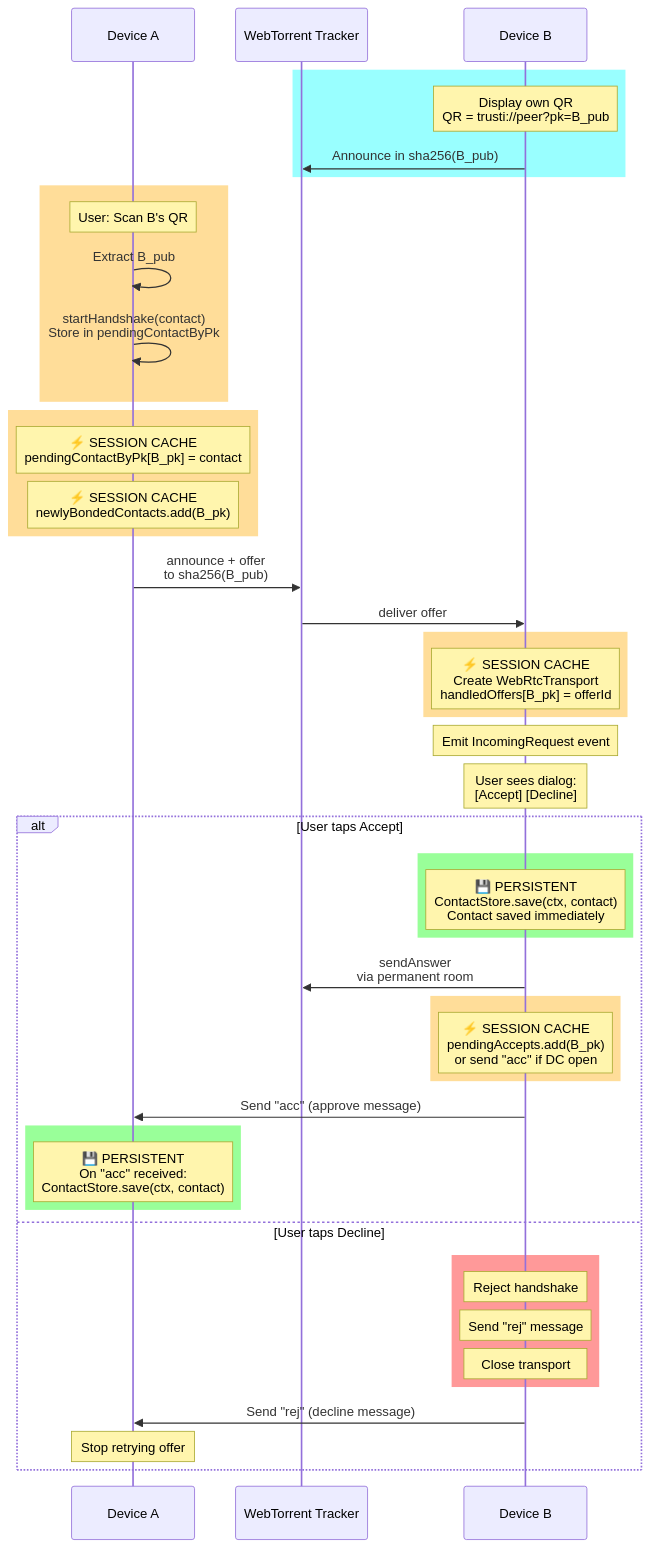
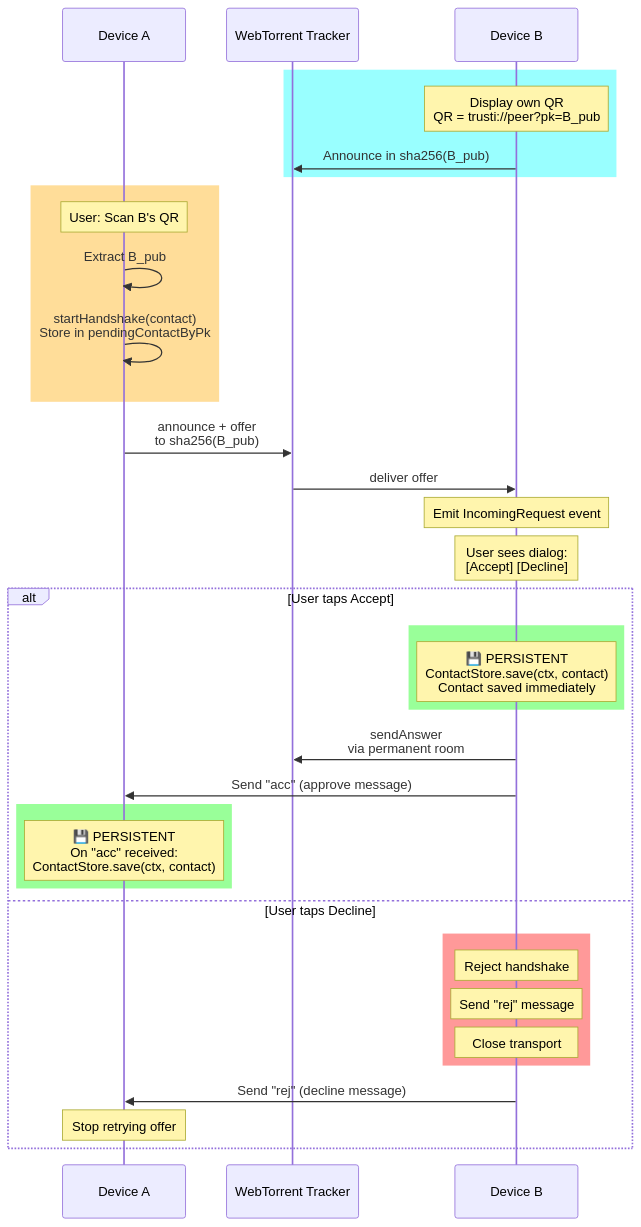
The second of 8 diagrams in README.md (davidevecchi/TruSTI), drawn with Mermaid before and after one commit.

````diff
--- a/README.md
+++ b/README.md
@@ -95,60 +95,45 @@
 ```mermaid
 sequenceDiagram
     participant A as Device A
     participant Tracker as WebTorrent Tracker
     participant B as Device B
 
     rect rgba(0, 255, 255, 0.4)
-    Note over B: Display own QR<br/>QR = trusti://peer?pk=B_pub
-    B->>Tracker: Announce in sha256(B_pub)
+        Note over B: Display own QR<br/>QR = trusti://peer?pk=B_pub
+        B ->> Tracker: Announce in sha256(B_pub)
     end
 
     rect rgba(255, 170, 0, 0.4)
-    Note over A: User: Scan B's QR
-    A->>A: Extract B_pub
-    A->>A: startHandshake(contact)<br/>Store in pendingContactByPk
+        Note over A: User: Scan B's QR
+        A ->> A: Extract B_pub
+        A ->> A: startHandshake(contact)<br/>Store in pendingContactByPk
     end
 
-    rect rgba(255, 170, 0, 0.4)
-    Note over A: ⚡ SESSION CACHE<br/>pendingContactByPk[B_pk] = contact
-    Note over A: ⚡ SESSION CACHE<br/>newlyBondedContacts.add(B_pk)
-    end
-
-    A->>Tracker: announce + offer<br/>to sha256(B_pub)
-    Tracker->>B: deliver offer
-
-    rect rgba(255, 170, 0, 0.4)
-    Note over B: ⚡ SESSION CACHE<br/>Create WebRtcTransport<br/>handledOffers[B_pk] = offerId
-    end
-
+    A ->> Tracker: announce + offer<br/>to sha256(B_pub)
+    Tracker ->> B: deliver offer
     Note over B: Emit IncomingRequest event
     Note over B: User sees dialog:<br/>[Accept] [Decline]
 
     alt User taps Accept
         rect rgba(0, 255, 0, 0.4)
-        Note over B: 💾 PERSISTENT<br/>ContactStore.save(ctx, contact)<br/>Contact saved immediately
+            Note over B: 💾 PERSISTENT<br/>ContactStore.save(ctx, contact)<br/>Contact saved immediately
         end
 
-        B->>Tracker: sendAnswer<br/>via permanent room
-
-        rect rgba(255, 170, 0, 0.4)
-        Note over B: ⚡ SESSION CACHE<br/>pendingAccepts.add(B_pk)<br/>or send "acc" if DC open
-        end
-
-        B->>A: Send "acc" (approve message)
+        B ->> Tracker: sendAnswer<br/>via permanent room
+        B ->> A: Send "acc" (approve message)
 
         rect rgba(0, 255, 0, 0.4)
-        Note over A: 💾 PERSISTENT<br/>On "acc" received:<br/>ContactStore.save(ctx, contact)
+            Note over A: 💾 PERSISTENT<br/>On "acc" received:<br/>ContactStore.save(ctx, contact)
         end
 
     else User taps Decline
         rect rgba(255, 0, 0, 0.4)
-        Note over B: Reject handshake
-        Note over B: Send "rej" message
-        Note over B: Close transport
+            Note over B: Reject handshake
+            Note over B: Send "rej" message
+            Note over B: Close transport
         end
 
-        B->>A: Send "rej" (decline message)
+        B ->> A: Send "rej" (decline message)
         Note over A: Stop retrying offer
     end
 ```
````
